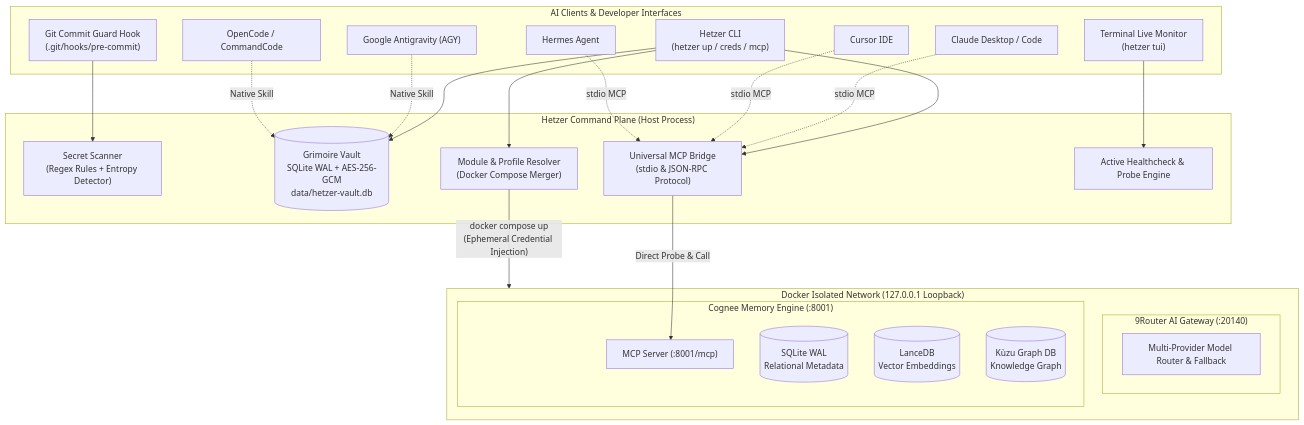
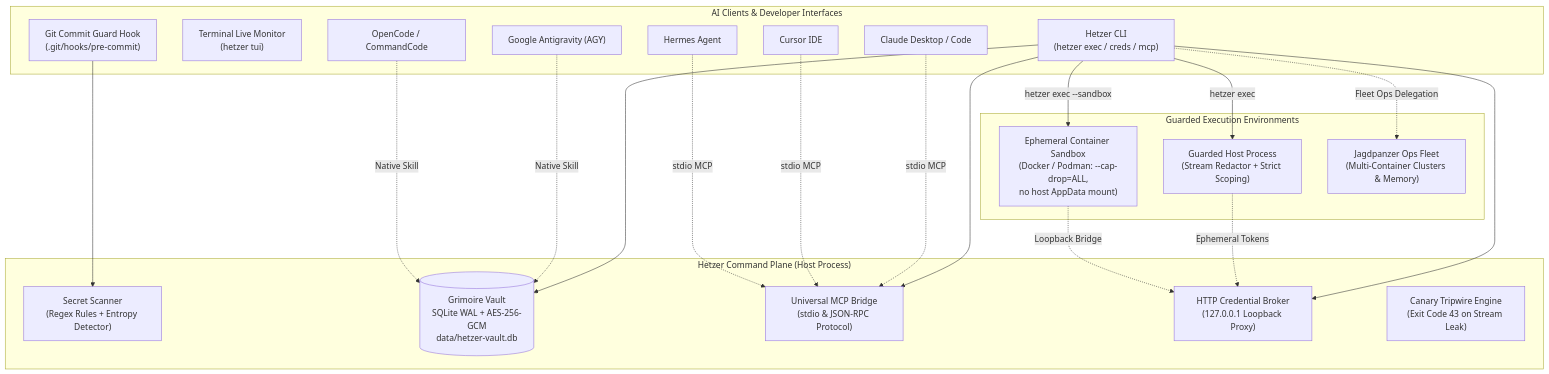
One commit to agunggnn/hetzer changed the diagram in README.md. Above: the diagram before and after it, drawn with Mermaid. The commit also changed other lines of this file and 32 other files, not shown here.

````diff
--- a/README.md
+++ b/README.md
@@ -116,48 +116,43 @@
 ```mermaid
 flowchart TB
     subgraph Clients["AI Clients & Developer Interfaces"]
-        CLI["Hetzer CLI\n(hetzer up / creds / mcp)"]
+        CLI["Hetzer CLI\n(hetzer exec / creds / mcp)"]
         TUI["Terminal Live Monitor\n(hetzer tui)"]
         Claude["Claude Desktop / Code"]
         Cursor["Cursor IDE"]
         Hermes["Hermes Agent"]
         AGY["Google Antigravity (AGY)"]
         OpenCode["OpenCode / CommandCode"]
         GitCommit["Git Commit Guard Hook\n(.git/hooks/pre-commit)"]
     end
 
     subgraph HostPlane["Hetzer Command Plane (Host Process)"]
         SecretSniffer["Secret Scanner\n(Regex Rules + Entropy Detector)"]
         GrimoireVault[("Grimoire Vault\nSQLite WAL + AES-256-GCM\ndata/hetzer-vault.db")]
         MCPBridge["Universal MCP Bridge\n(stdio & JSON-RPC Protocol)"]
-        ModuleResolver["Module & Profile Resolver\n(Docker Compose Merger)"]
-        HealthVerifier["Active Healthcheck & Probe Engine"]
+        HTTPBroker["HTTP Credential Broker\n(127.0.0.1 Loopback Proxy)"]
+        CanaryEngine["Canary Tripwire Engine\n(Exit Code 43 on Stream Leak)"]
     end
 
-    subgraph DockerPlane["Docker Isolated Network (127.0.0.1 Loopback)"]
-        subgraph NineRouter["9Router AI Gateway (:20140)"]
-            RouterProxy["Multi-Provider Model Router & Fallback"]
-        end
-
-        subgraph CogneeSvc["Cognee Memory Engine (:8001)"]
-            MCPEndpoint["MCP Server (:8001/mcp)"]
-            RelationalDB[("SQLite WAL\nRelational Metadata")]
-            VectorDB[("LanceDB\nVector Embeddings")]
-            GraphDB[("Kùzu Graph DB\nKnowledge Graph")]
-        end
+    subgraph ExecutionPlane["Guarded Execution Environments"]
+        SubprocessHost["Guarded Host Process\n(Stream Redactor + Strict Scoping)"]
+        ContainerSandbox["Ephemeral Container Sandbox\n(Docker / Podman: --cap-drop=ALL,\nno host AppData mount)"]
+        JagdpanzerFleet["Jagdpanzer Ops Fleet\n(Multi-Container Clusters & Memory)"]
     end
 
     CLI --> GrimoireVault
-    CLI --> ModuleResolver
+    CLI --> HTTPBroker
     CLI --> MCPBridge
     GitCommit --> SecretSniffer
-    TUI --> HealthVerifier
     Claude -.->|"stdio MCP"| MCPBridge
     Cursor -.->|"stdio MCP"| MCPBridge
     Hermes -.->|"stdio MCP"| MCPBridge
     AGY -.->|"Native Skill"| GrimoireVault
     OpenCode -.->|"Native Skill"| GrimoireVault
 
-    ModuleResolver -->|"docker compose up\n(Ephemeral Credential Injection)"| DockerPlane
-    MCPBridge -->|"Direct Probe & Call"| MCPEndpoint
+    CLI -->|"hetzer exec"| SubprocessHost
+    CLI -->|"hetzer exec --sandbox"| ContainerSandbox
+    SubprocessHost -.->|"Ephemeral Tokens"| HTTPBroker
+    ContainerSandbox -.->|"Loopback Bridge"| HTTPBroker
+    CLI -.->|"Fleet Ops Delegation"| JagdpanzerFleet
 ```
````
